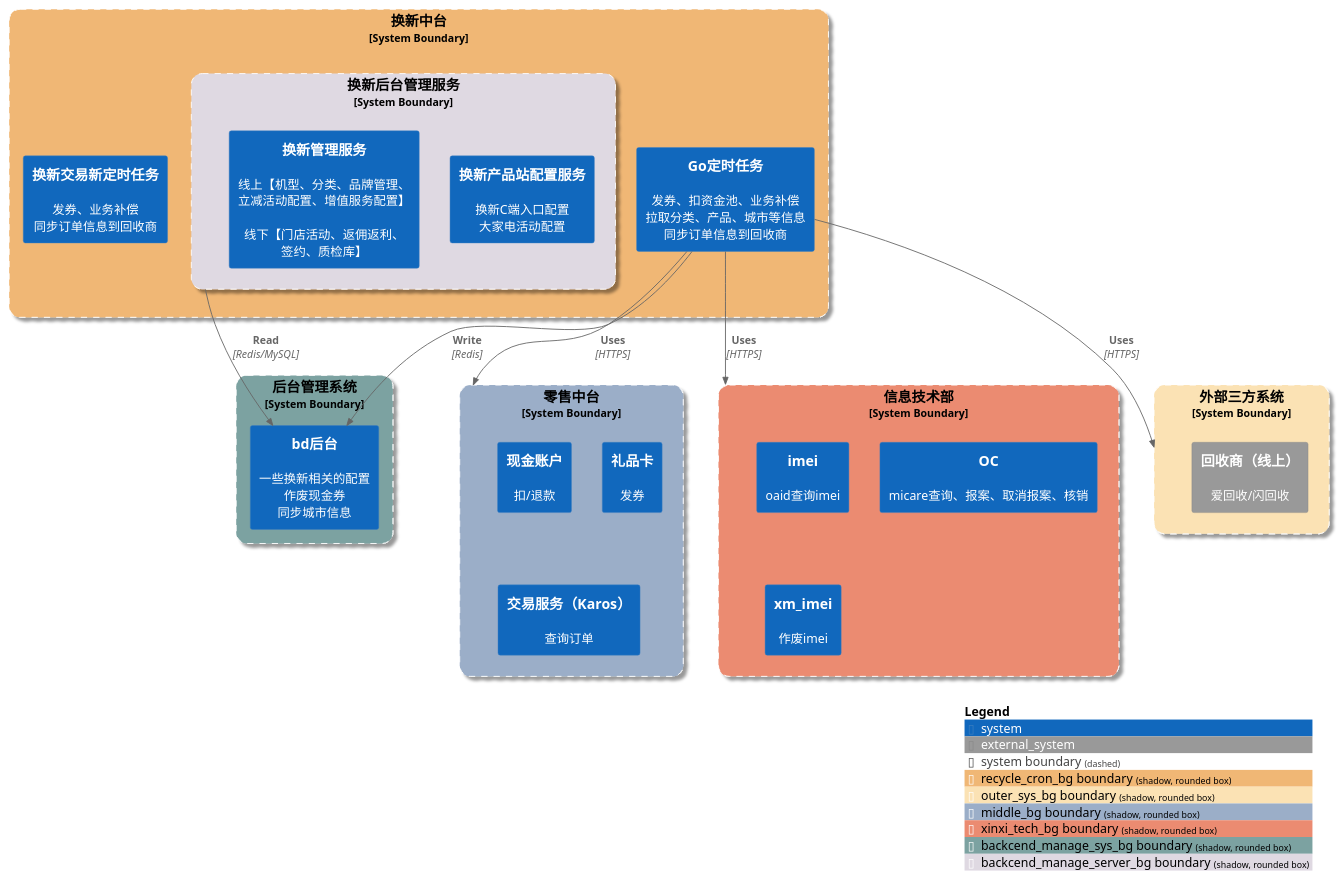
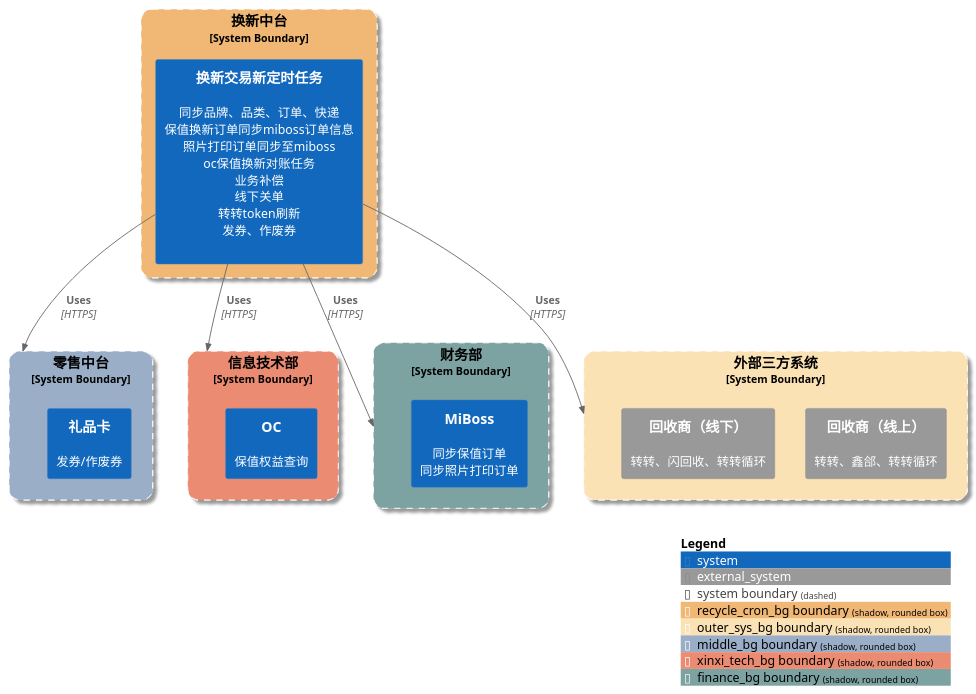
One commit to HanyuKing/learn-jdk changed the diagram in src/main/java/uml/recycle/Recycle_Cron_System_Context.puml. Above: the diagram before and after it, drawn with PlantUML.

Commit message:
换新交易定时

```diff
--- a/src/main/java/uml/recycle/Recycle_Cron_System_Context.puml
+++ b/src/main/java/uml/recycle/Recycle_Cron_System_Context.puml
@@ -1,47 +1,37 @@
 @startuml
 !include https://raw.githubusercontent.com/plantuml-stdlib/C4-PlantUML/master/C4_Container.puml
 
 AddBoundaryTag("recycle_cron_bg", $bgColor="#F0B775", $fontColor="black", $borderColor="white", $shadowing="true", $shape = RoundedBoxShape(), $type="System Boundary")
 AddBoundaryTag("outer_sys_bg", $bgColor="#fbe2b4", $fontColor="black", $borderColor="white", $shadowing="true", $shape = RoundedBoxShape(), $type="System Boundary")
 AddBoundaryTag("middle_bg", $bgColor="#9baec8", $fontColor="black", $borderColor="white", $shadowing="true", $shape = RoundedBoxShape(), $type="System Boundary")
 AddBoundaryTag("xinxi_tech_bg", $bgColor="#eb8b71", $fontColor="black", $borderColor="white", $shadowing="true", $shape = RoundedBoxShape(), $type="System Boundary")
-AddBoundaryTag("backcend_manage_sys_bg", $bgColor="#7ca2a1", $fontColor="black", $borderColor="white", $shadowing="true", $shape = RoundedBoxShape(), $type="System Boundary")
-AddBoundaryTag("backcend_manage_server_bg", $bgColor="#DFD9E2", $fontColor="black", $borderColor="white", $shadowing="true", $shape = RoundedBoxShape(), $type="System Boundary")
+AddBoundaryTag("finance_bg", $bgColor="#7ca2a1", $fontColor="black", $borderColor="white", $shadowing="true", $shape = RoundedBoxShape(), $type="System Boundary")
 
 System_Boundary(recycle_middle, "换新中台", $tags="recycle_cron_bg") {
-    System(mishop_recycle_crond, "Go定时任务", "发券、扣资金池、业务补偿\n拉取分类、产品、城市等信息\n同步订单信息到回收商")
-    System(recycle_cron, "换新交易新定时任务", "发券、业务补偿\n同步订单信息到回收商")
-    System_Boundary(recycle_management_server, "换新后台管理服务", $tags="backcend_manage_server_bg") {
-        System(mishop_recycleconf, "换新产品站配置服务", "换新C端入口配置\n大家电活动配置")
-        System(recycle_management, "换新管理服务", "线上【机型、分类、品牌管理、\n立减活动配置、增值服务配置】\n\n线下【门店活动、返佣返利、\n签约、质检库】")
-    }
-}
-
-System_Boundary(recycle_management_backend_sys, "后台管理系统", $tags="backcend_manage_sys_bg") {
-    System(bd_backend, "bd后台", "一些换新相关的配置\n作废现金券\n同步城市信息")
+    System(recycle_cron, "换新交易新定时任务", "同步品牌、品类、订单、快递\n保值换新订单同步miboss订单信息\n照片打印订单同步至miboss\noc保值换新对账任务\n业务补偿\n线下关单\n转转token刷新\n发券、作废券\n")
 }
 
 System_Boundary(middle, "零售中台", $tags="middle_bg") {
-    System(cash_account, "现金账户", "扣/退款")
-    System(ecard, "礼品卡", "发券")
-    System(karos, "交易服务（Karos）", "查询订单")
+    System(ecard, "礼品卡", "发券/作废券")
 }
 
 System_Boundary(xinxi_tech, "信息技术部", $tags="xinxi_tech_bg") {
-    System(imei, "imei", "oaid查询imei")
-    System(OC, "OC", "micare查询、报案、取消报案、核销")
-    System(xm_imei, "xm_imei", "作废imei")
+    System(OC, "OC", "保值权益查询")
+}
+
+System_Boundary(finance, "财务部", $tags="finance_bg") {
+    System(MiBoss, "MiBoss", "同步保值订单\n同步照片打印订单")
 }
 
 System_Boundary(ouer_sys_to, "外部三方系统", $tags="outer_sys_bg") {
-    System_Ext(recycler, "回收商（线上）", "爱回收/闪回收")
+    System_Ext(recycler, "回收商（线上）", "转转、鑫郃、转转循环")
+    System_Ext(recycler_offline, "回收商（线下）", "转转、闪回收、转转循环")
 }
 
-Rel(mishop_recycle_crond, ouer_sys_to, "Uses", "HTTPS")
-Rel(mishop_recycle_crond, xinxi_tech, "Uses", "HTTPS")
-Rel(mishop_recycle_crond, middle, "Uses", "HTTPS")
-Rel(mishop_recycle_crond, bd_backend, "Write", "Redis")
-Rel(recycle_management_server, bd_backend, "Read", "Redis/MySQL")
+Rel(recycle_cron, ouer_sys_to, "Uses", "HTTPS")
+Rel(recycle_cron, xinxi_tech, "Uses", "HTTPS")
+Rel(recycle_cron, middle, "Uses", "HTTPS")
+Rel(recycle_cron, finance, "Uses", "HTTPS")
 
 SHOW_LEGEND()
 @enduml
```
